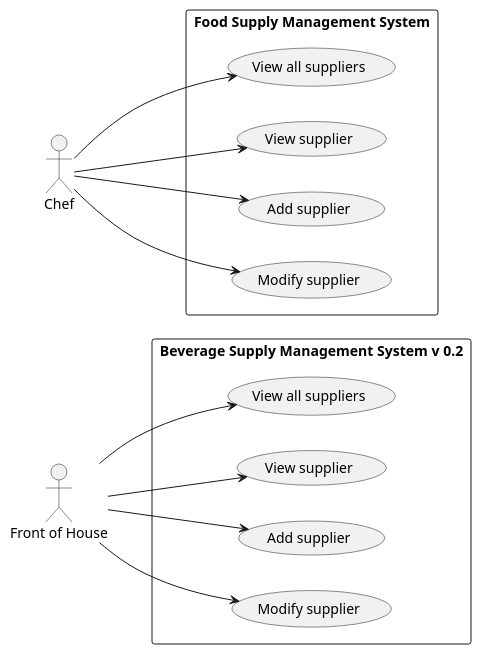
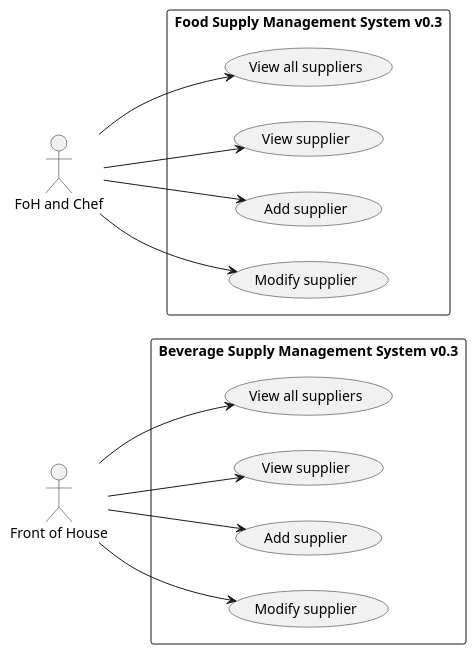
Before and after one commit to mrjink/molveno: the diagram in src/main/docs/uml/use-case/restaurant/supplier.puml, drawn with PlantUML. The commit also changed 7 other files, not shown here.

```diff
--- a/src/main/docs/uml/use-case/restaurant/supplier.puml
+++ b/src/main/docs/uml/use-case/restaurant/supplier.puml
@@ -1,32 +1,32 @@
 @startuml
 
 left to right direction
 
 actor "Front of House" as FoH
-actor Chef
+actor "FoH and Chef" as FC
 
-rectangle "Beverage Supply Management System v 0.2" {
+rectangle "Food Supply Management System v0.3" {
+    (View all suppliers) as (RestaurantSupplyAll)
+    (View supplier) as (RestaurantSupplyView)
+    (Add supplier) as (RestaurantSupplyAdd)
+    (Modify supplier) as (RestaurantSupplyUpdate)
+
+    FC --> (RestaurantSupplyAll)
+    FC --> (RestaurantSupplyView)
+    FC --> (RestaurantSupplyAdd)
+    FC --> (RestaurantSupplyUpdate)
+}
+
+rectangle "Beverage Supply Management System v0.3" {
     (View all suppliers) as (BarSupplyAll)
     (View supplier) as (BarSupplyView)
     (Add supplier) as (BarSupplyAdd)
     (Modify supplier) as (BarSupplyUpdate)
 
     FoH --> (BarSupplyAll)
     FoH --> (BarSupplyView)
     FoH --> (BarSupplyAdd)
     FoH --> (BarSupplyUpdate)
 }
 
-rectangle "Food Supply Management System" {
-    (View all suppliers) as (RestaurantSupplyAll)
-    (View supplier) as (RestaurantSupplyView)
-    (Add supplier) as (RestaurantSupplyAdd)
-    (Modify supplier) as (RestaurantSupplyUpdate)
-
-    Chef --> (RestaurantSupplyAll)
-    Chef --> (RestaurantSupplyView)
-    Chef --> (RestaurantSupplyAdd)
-    Chef --> (RestaurantSupplyUpdate)
-}
-
 @enduml
```
